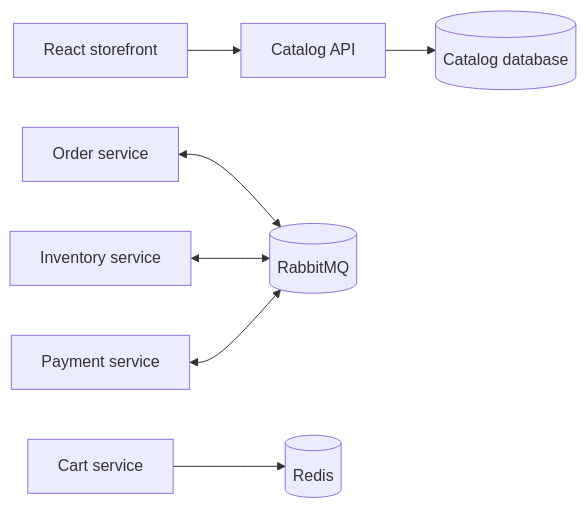
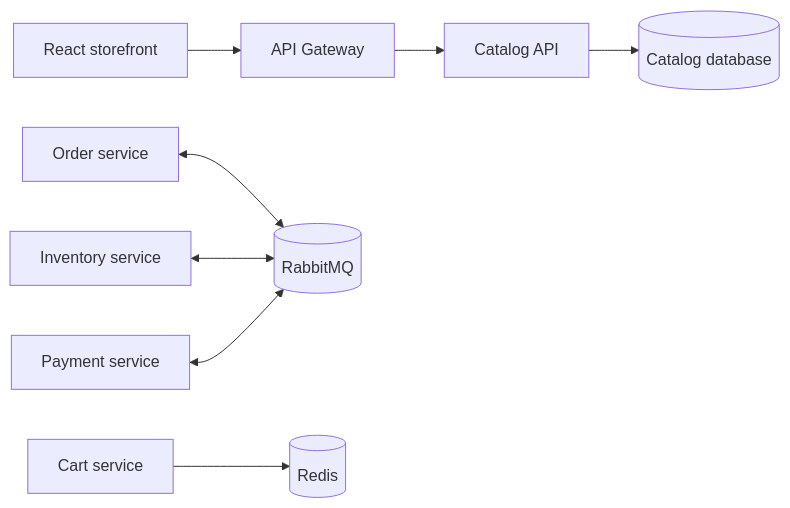
The diagram in docs/architecture.md (aktmahir/aktma-Enterprise-E-Com), drawn with Mermaid before and after one commit. The commit also changed other lines of this file and 10 other files, not shown here.

````diff
--- a/docs/architecture.md
+++ b/docs/architecture.md
@@ -5,9 +5,10 @@
 ```mermaid
 flowchart LR
-  Web[React storefront] --> Catalog[Catalog API]
+  Web[React storefront] --> Gateway[API Gateway]
+  Gateway --> Catalog[Catalog API]
   Catalog --> CatalogDb[(Catalog database)]
   Orders[Order service] <--> Bus[(RabbitMQ)]
   Inventory[Inventory service] <--> Bus
   Payments[Payment service] <--> Bus
   Cart[Cart service] --> Redis[(Redis)]
 ```
````
